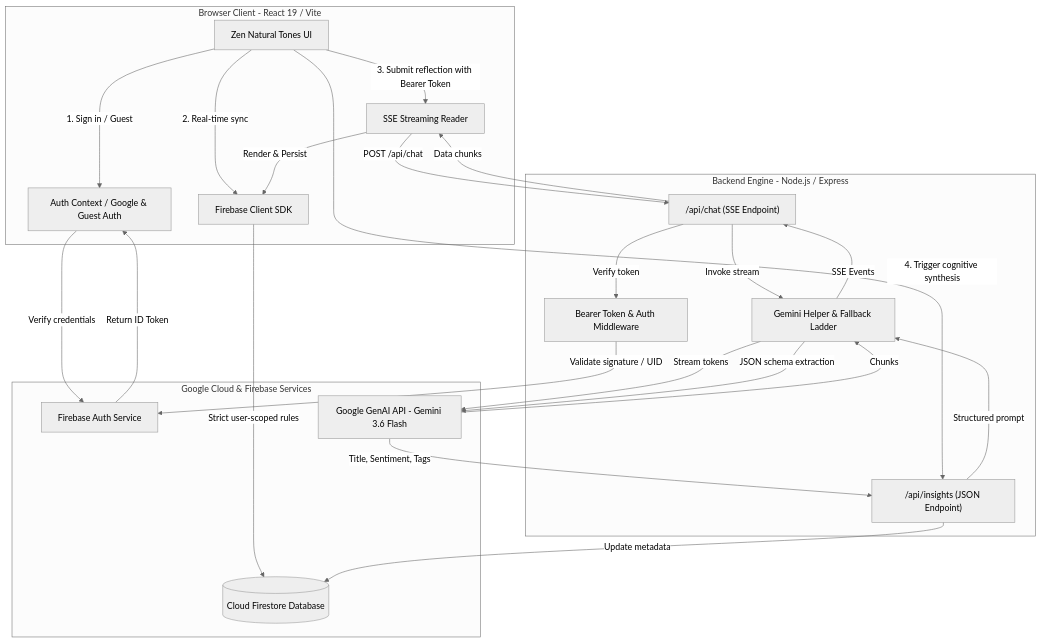
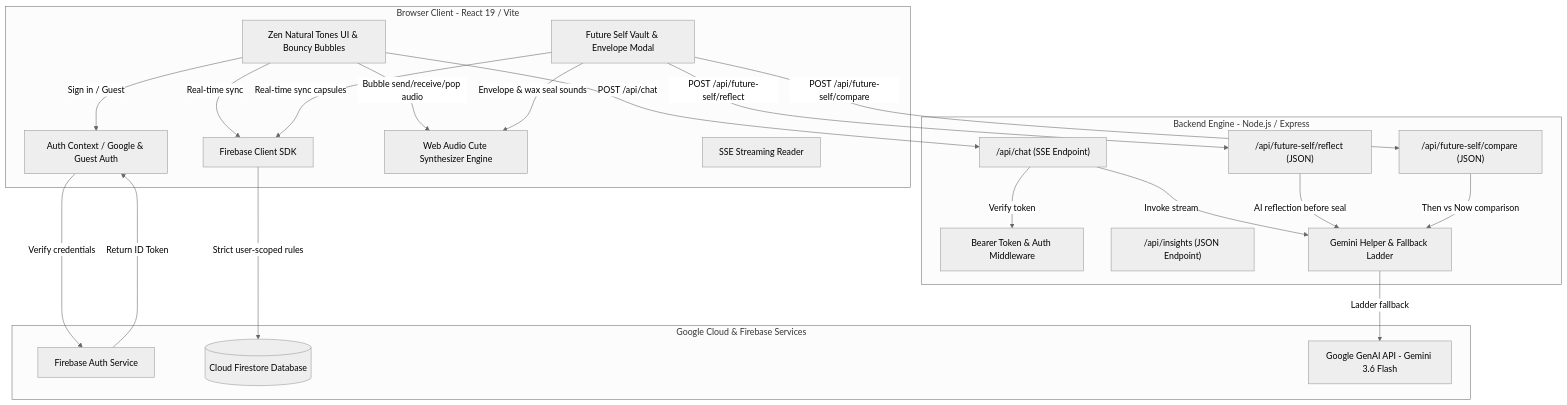
The first of 5 diagrams in README.md (ayushmorya/Loom), drawn with Mermaid (neutral theme) before and after one commit. The commit also changed other lines of this file and 14 other files, not shown here.

First line of the commit message:
feat: implement Future Self capsules and rebrand to Loom

````diff
--- a/README.md
+++ b/README.md
@@ -11,47 +11,48 @@
 ```mermaid
 graph TD
     subgraph Client [Browser Client - React 19 / Vite]
-        UI[Zen Natural Tones UI]
+        UI[Zen Natural Tones UI & Bouncy Bubbles]
+        FutureSelfUI[Future Self Vault & Envelope Modal]
         AuthContext[Auth Context / Google & Guest Auth]
         FirestoreSDK[Firebase Client SDK]
+        SoundEngine[Web Audio Cute Synthesizer Engine]
         SSEClient[SSE Streaming Reader]
     end
 
     subgraph Server [Backend Engine - Node.js / Express]
         AuthMiddleware[Bearer Token & Auth Middleware]
         ChatEndpoint["/api/chat (SSE Endpoint)"]
         InsightsEndpoint["/api/insights (JSON Endpoint)"]
+        FutureReflectEndpoint["/api/future-self/reflect (JSON)"]
+        FutureCompareEndpoint["/api/future-self/compare (JSON)"]
         GeminiHelper[Gemini Helper & Fallback Ladder]
     end
 
     subgraph CloudServices [Google Cloud & Firebase Services]
         FirebaseAuth[Firebase Auth Service]
         CloudFirestore[(Cloud Firestore Database)]
         GeminiAPI[Google GenAI API - Gemini 3.6 Flash]
     end
 
-    UI -->|1. Sign in / Guest| AuthContext
+    UI -->|Sign in / Guest| AuthContext
     AuthContext -->|Verify credentials| FirebaseAuth
     FirebaseAuth -->|Return ID Token| AuthContext
 
-    UI -->|2. Real-time sync| FirestoreSDK
+    UI -->|Real-time sync| FirestoreSDK
+    FutureSelfUI -->|Real-time sync capsules| FirestoreSDK
     FirestoreSDK -->|Strict user-scoped rules| CloudFirestore
 
-    UI -->|3. Submit reflection with Bearer Token| SSEClient
-    SSEClient -->|POST /api/chat| ChatEndpoint
+    UI -->|Bubble send/receive/pop audio| SoundEngine
+    FutureSelfUI -->|Envelope & wax seal sounds| SoundEngine
+
+    UI -->|POST /api/chat| ChatEndpoint
     ChatEndpoint -->|Verify token| AuthMiddleware
-    AuthMiddleware -->|Validate signature / UID| FirebaseAuth
+    ChatEndpoint -->|Invoke stream| GeminiHelper
 
-    ChatEndpoint -->|Invoke stream| GeminiHelper
-    GeminiHelper -->|Stream tokens| GeminiAPI
-    GeminiAPI -->|Chunks| GeminiHelper
-    GeminiHelper -->|SSE Events| ChatEndpoint
-    ChatEndpoint -->|Data chunks| SSEClient
-    SSEClient -->|Render & Persist| FirestoreSDK
+    FutureSelfUI -->|POST /api/future-self/reflect| FutureReflectEndpoint
+    FutureSelfUI -->|POST /api/future-self/compare| FutureCompareEndpoint
+    FutureReflectEndpoint -->|AI reflection before seal| GeminiHelper
+    FutureCompareEndpoint -->|Then vs Now comparison| GeminiHelper
 
-    UI -->|4. Trigger cognitive synthesis| InsightsEndpoint
-    InsightsEndpoint -->|Structured prompt| GeminiHelper
-    GeminiHelper -->|JSON schema extraction| GeminiAPI
-    GeminiAPI -->|Title, Sentiment, Tags| InsightsEndpoint
-    InsightsEndpoint -->|Update metadata| CloudFirestore
+    GeminiHelper -->|Ladder fallback| GeminiAPI
 ```
````
